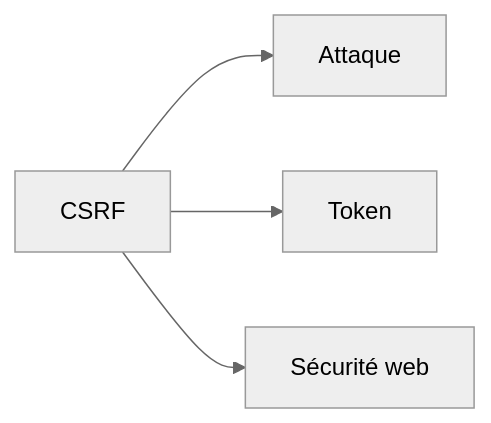
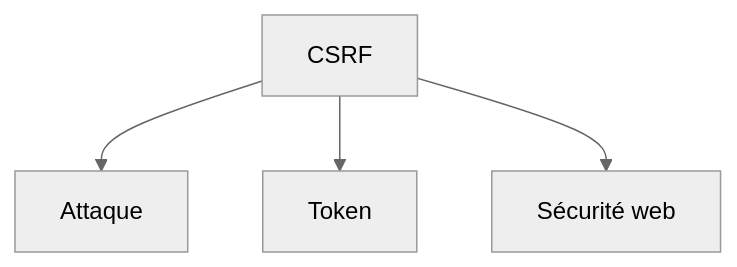
One commit to zyrass/omnydocs changed the ninth of 41 diagrams in docs/glossaire/developpement-web.md. Above: the diagram before and after it, drawn with Mermaid (neutral theme). The commit also changed other lines of this file and 1780 other files, not shown here.

````diff
--- a/docs/glossaire/developpement-web.md
+++ b/docs/glossaire/developpement-web.md
@@ -182,6 +220,6 @@
-    ```mermaid
-    graph LR
-        A[CSRF] --> B[Attaque]
-        A --> C[Token]
-        A --> D[Sécurité web]
-    ```
+```mermaid
+graph TB
+    A[CSRF] --> B[Attaque]
+    A --> C[Token]
+    A --> D[Sécurité web]
+```
````
